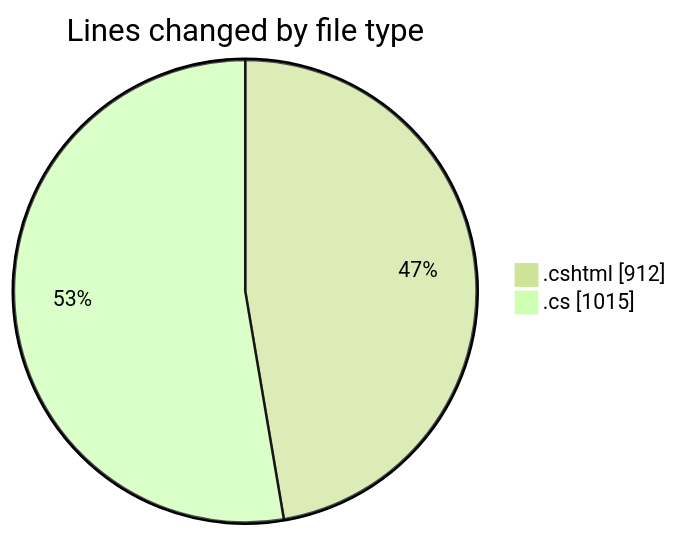
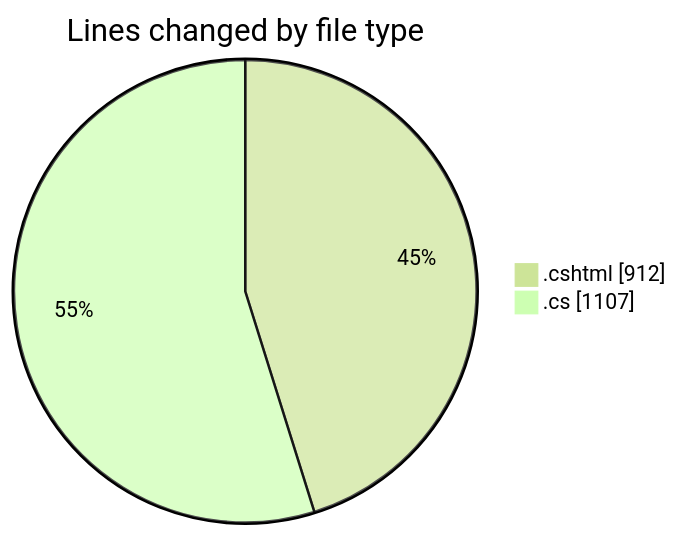
One commit to lephambinh05/code-tracking changed the first of 2 diagrams in 2025-07-17/nhahang/README.md. Above: the diagram before and after it, drawn with Mermaid (forest theme). The commit also changed other lines of this file and 1 other file, not shown here.

````diff
--- a/2025-07-17/nhahang/README.md
+++ b/2025-07-17/nhahang/README.md
@@ -49,6 +49,6 @@
 ```mermaid
 pie showData
 title Lines changed by file type
 ".cshtml" : 912
-".cs" : 1015
+".cs" : 1107
 ```
````
